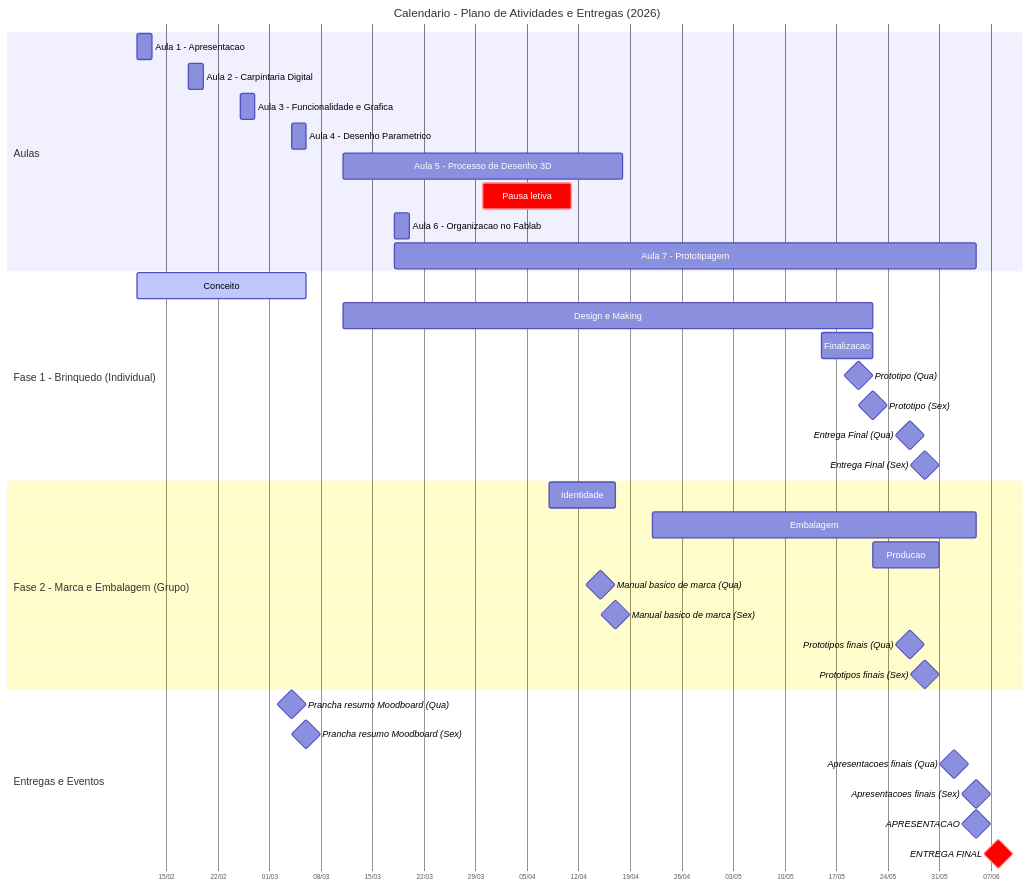
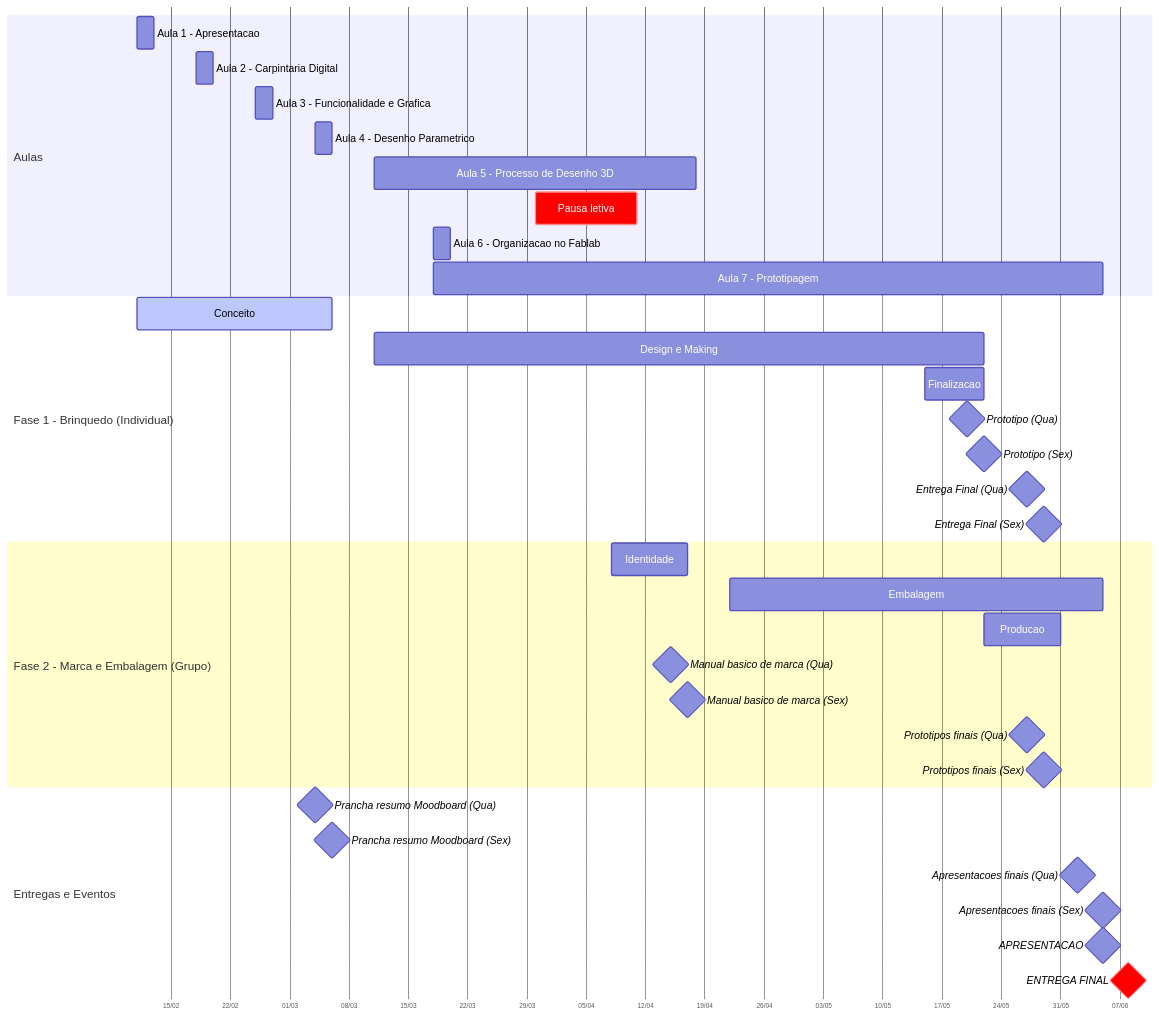
One commit to steam228/classes changed the diagram in docs/DesignDeProdutoIV/Calendario.md. Above: the diagram before and after it, drawn with Mermaid. The commit also changed other lines of this file and 4 other files, not shown here.

````diff
--- a/docs/DesignDeProdutoIV/Calendario.md
+++ b/docs/DesignDeProdutoIV/Calendario.md
@@ -38,53 +40,53 @@
 ```mermaid
 ---
 config:
   gantt:
-    useWidth: 1600
-    barHeight: 40
-    barGap: 6
-    fontSize: 14
-    sectionFontSize: 16
+    useWidth: 1800
+    barHeight: 50
+    barGap: 4
+    fontSize: 16
+    sectionFontSize: 18
     leftPadding: 200
     rightPadding: 75
 ---
 gantt
-    title Calendario - Plano de Atividades e Entregas (2026)
+
     dateFormat YYYY-MM-DD
     axisFormat %d/%m
 
     section Aulas
     Aula 1 - Apresentacao             :a1, 2026-02-11, 2026-02-13
     Aula 2 - Carpintaria Digital      :a2, 2026-02-18, 2026-02-20
     Aula 3 - Funcionalidade e Grafica :a3, 2026-02-25, 2026-02-27
     Aula 4 - Desenho Parametrico      :a4, 2026-03-04, 2026-03-06
     Aula 5 - Processo de Desenho 3D   :a5, 2026-03-11, 2026-04-18
     Pausa letiva                      :crit, pausa, 2026-03-30, 2026-04-11
     Aula 6 - Organizacao no Fablab    :a6, 2026-03-18, 2026-03-20
     Aula 7 - Prototipagem             :a7, 2026-03-18, 2026-06-05
 
     section Fase 1 - Brinquedo (Individual)
     Conceito                          :active, prod1, 2026-02-11, 2026-03-06
     Design e Making                   :prod2, 2026-03-11, 2026-05-22
     Finalizacao                       :prod3, 2026-05-15, 2026-05-22
     Prototipo (Qua)                   :milestone, prod4, 2026-05-20, 0d
     Prototipo (Sex)                   :milestone, prod5, 2026-05-22, 0d
     Entrega Final (Qua)               :milestone, prod6, 2026-05-27, 0d
     Entrega Final (Sex)               :milestone, prod7, 2026-05-29, 0d
 
     section Fase 2 - Marca e Embalagem (Grupo)
     Identidade                        :brand1, 2026-04-08, 2026-04-17
     Embalagem                         :brand2, 2026-04-22, 2026-06-05
     Producao                          :brand3, 2026-05-22, 2026-05-31
     Manual basico de marca (Qua)      :milestone, brand4, 2026-04-15, 0d
     Manual basico de marca (Sex)      :milestone, brand5, 2026-04-17, 0d
     Prototipos finais (Qua)           :milestone, brand6, 2026-05-27, 0d
     Prototipos finais (Sex)           :milestone, brand7, 2026-05-29, 0d
 
     section Entregas e Eventos
     Prancha resumo Moodboard (Qua)    :milestone, prod8, 2026-03-04, 0d
     Prancha resumo Moodboard (Sex)    :milestone, prod9, 2026-03-06, 0d
     Apresentacoes finais (Qua)        :milestone, event1, 2026-06-02, 0d
     Apresentacoes finais (Sex)        :milestone, event2, 2026-06-05, 0d
     APRESENTACAO                      :milestone, event3, 2026-06-05, 0d
     ENTREGA FINAL                     :crit, milestone, event4, 2026-06-08, 0d
 ```
````
